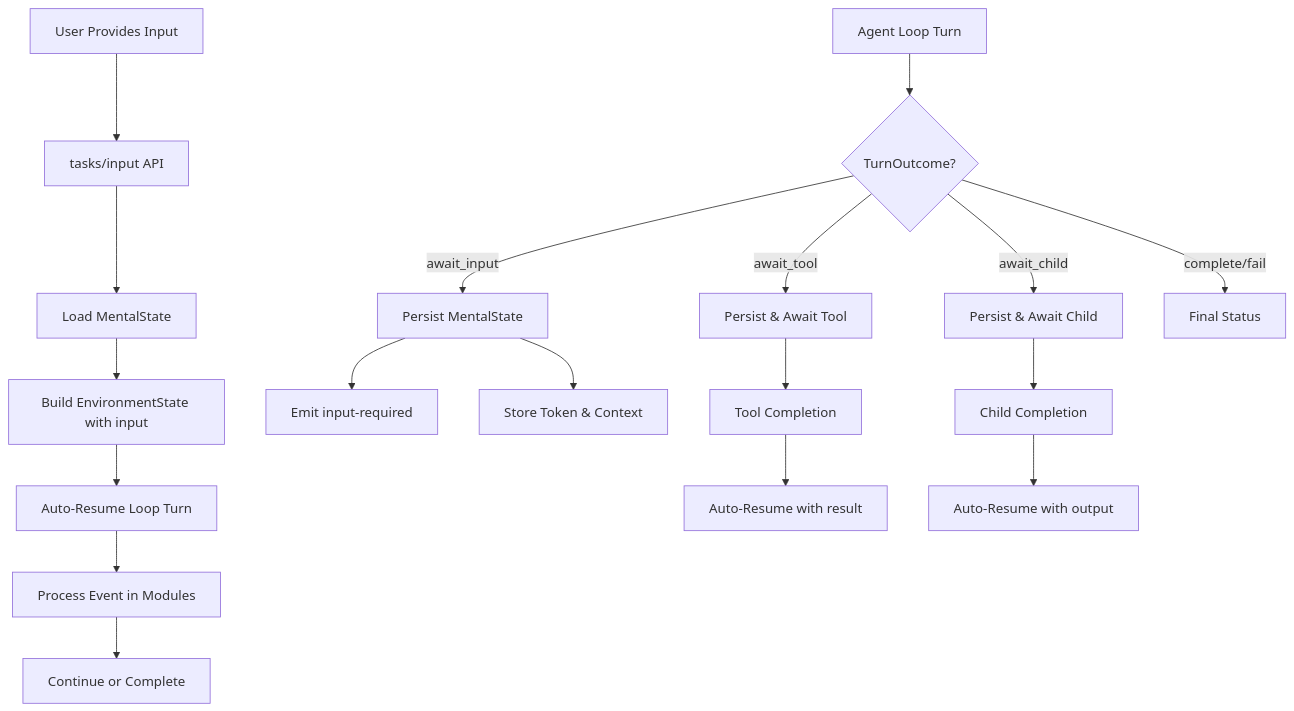
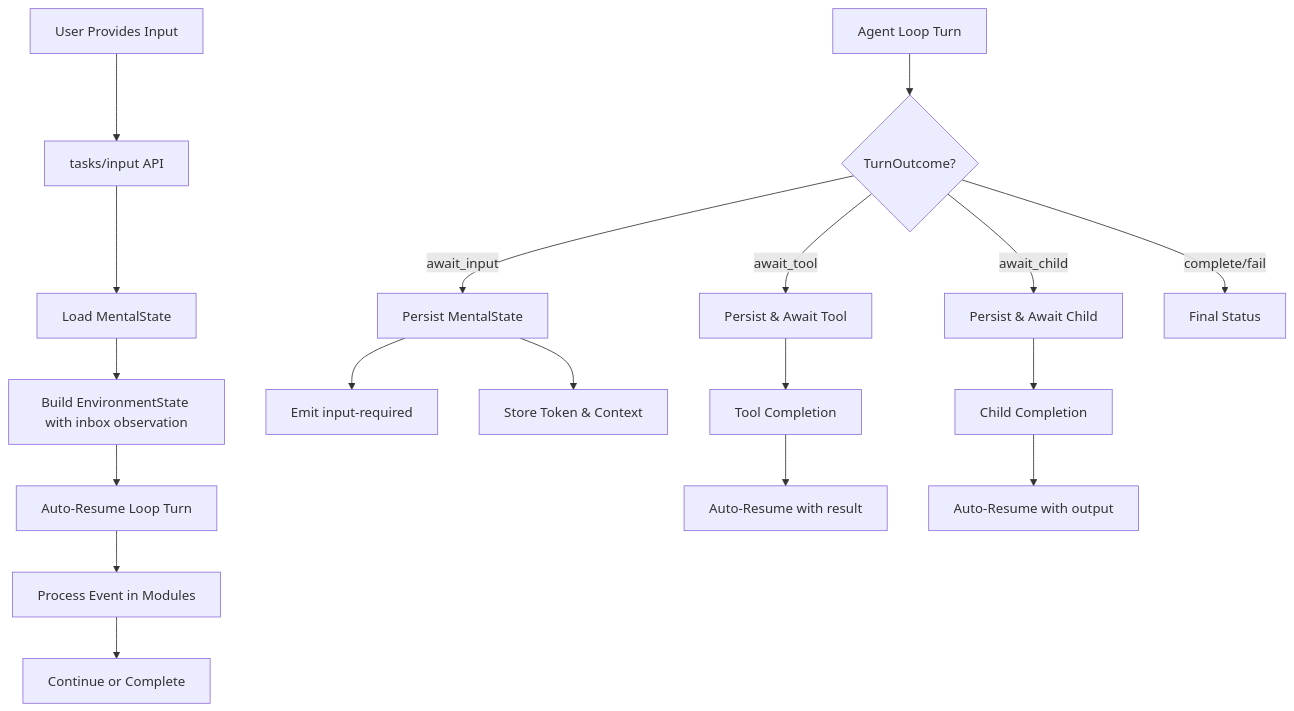
Before and after one commit to a2arium/callAgent: the diagram in apps/docs/durable-handlers-and-persistence.md, drawn with Mermaid. The commit also changed other lines of this file and 15 other files, not shown here.

````diff
--- a/apps/docs/durable-handlers-and-persistence.md
+++ b/apps/docs/durable-handlers-and-persistence.md
@@ -9,24 +9,24 @@
 ```mermaid
 graph TD
     A[Agent Loop Turn] --> B{TurnOutcome?}
     B -->|await_input| C[Persist MentalState]
     C --> D[Emit input-required]
     C --> E[Store Token & Context]
     
     F[User Provides Input] --> G[tasks/input API]
     G --> H[Load MentalState]
-    H --> I[Build EnvironmentState with input]
+    H --> I[Build EnvironmentState with inbox observation]
     I --> J[Auto-Resume Loop Turn]
     J --> K[Process Event in Modules]
     K --> L[Continue or Complete]
     
     B -->|await_tool| M[Persist & Await Tool]
     M --> N[Tool Completion]
     N --> O[Auto-Resume with result]
     
     B -->|await_child| P[Persist & Await Child]
     P --> Q[Child Completion]
     Q --> R[Auto-Resume with output]
     
     B -->|complete/fail| S[Final Status]
 ```
````
